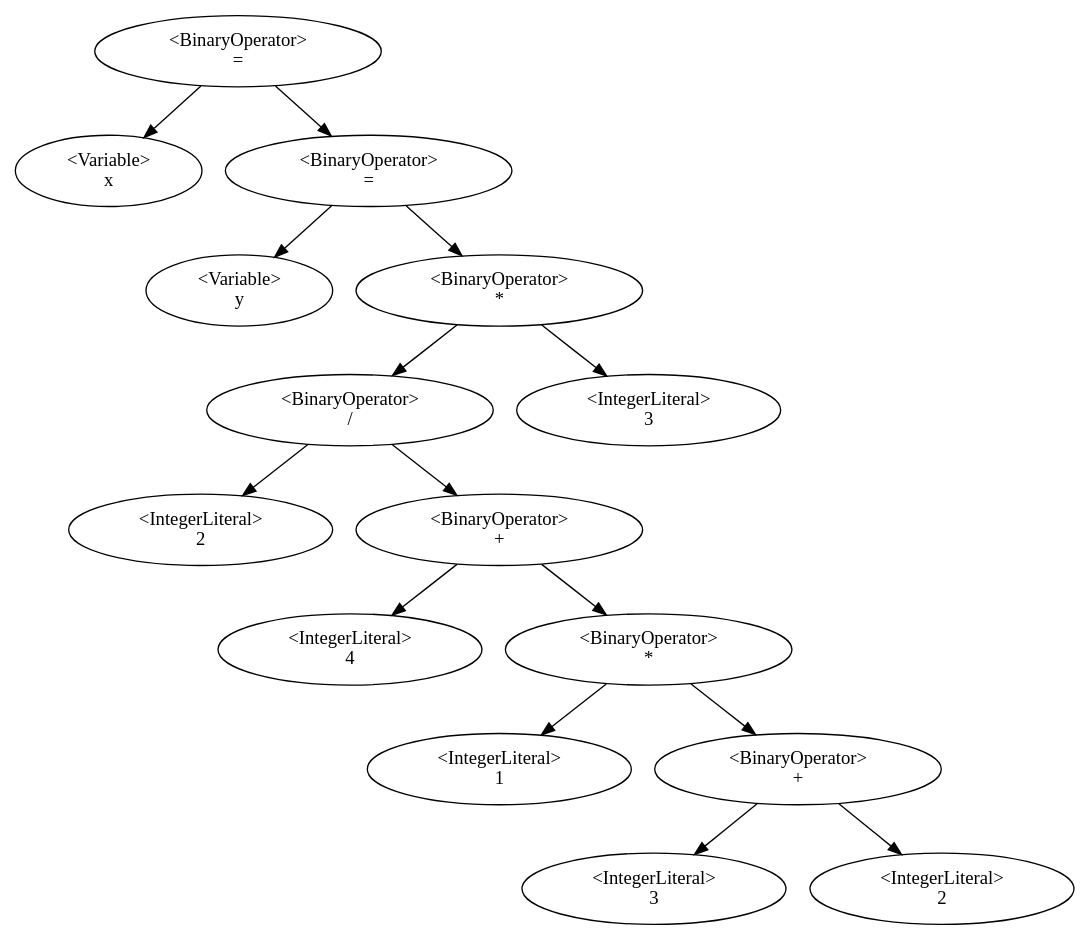
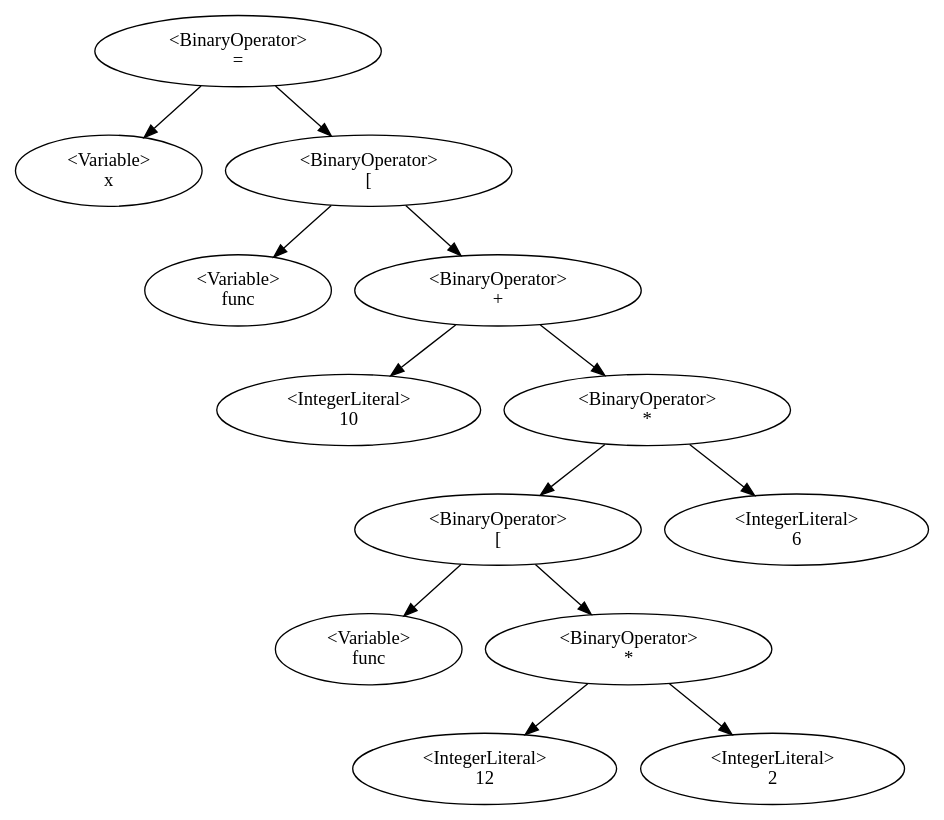
Before and after one commit to QazmoQwerty/dino: the diagram in Dino/Dino/AstDisplay.gv, drawn with Graphviz. The commit also changed 6 other files, not shown here.

```diff
--- a/Dino/Dino/AstDisplay.gv
+++ b/Dino/Dino/AstDisplay.gv
@@ -1,17 +1,15 @@
 digraph G {
-2 [label="<BinaryOperator>\n="];2->1;2->4;
-1 [label="<Variable>\nx"];
-4 [label="<BinaryOperator>\n="];4->3;4->14;
-3 [label="<Variable>\ny"];
-14 [label="<BinaryOperator>\n*"];14->6;14->15;
-6 [label="<BinaryOperator>\n/"];6->5;6->8;
-5 [label="<IntegerLiteral>\n2"];
-8 [label="<BinaryOperator>\n+"];8->7;8->10;
-7 [label="<IntegerLiteral>\n4"];
-10 [label="<BinaryOperator>\n*"];10->9;10->12;
-9 [label="<IntegerLiteral>\n1"];
-12 [label="<BinaryOperator>\n+"];12->11;12->13;
-11 [label="<IntegerLiteral>\n3"];
-13 [label="<IntegerLiteral>\n2"];
-15 [label="<IntegerLiteral>\n3"];
+1 [label="<BinaryOperator>\n="];1->0;1->3;
+0 [label="<Variable>\nx"];
+3 [label="<BinaryOperator>\n["];3->2;3->5;
+2 [label="<Variable>\nfunc"];
+5 [label="<BinaryOperator>\n+"];5->4;5->11;
+4 [label="<IntegerLiteral>\n10"];
+11 [label="<BinaryOperator>\n*"];11->7;11->12;
+7 [label="<BinaryOperator>\n["];7->6;7->9;
+6 [label="<Variable>\nfunc"];
+9 [label="<BinaryOperator>\n*"];9->8;9->10;
+8 [label="<IntegerLiteral>\n12"];
+10 [label="<IntegerLiteral>\n2"];
+12 [label="<IntegerLiteral>\n6"];
 }
```
